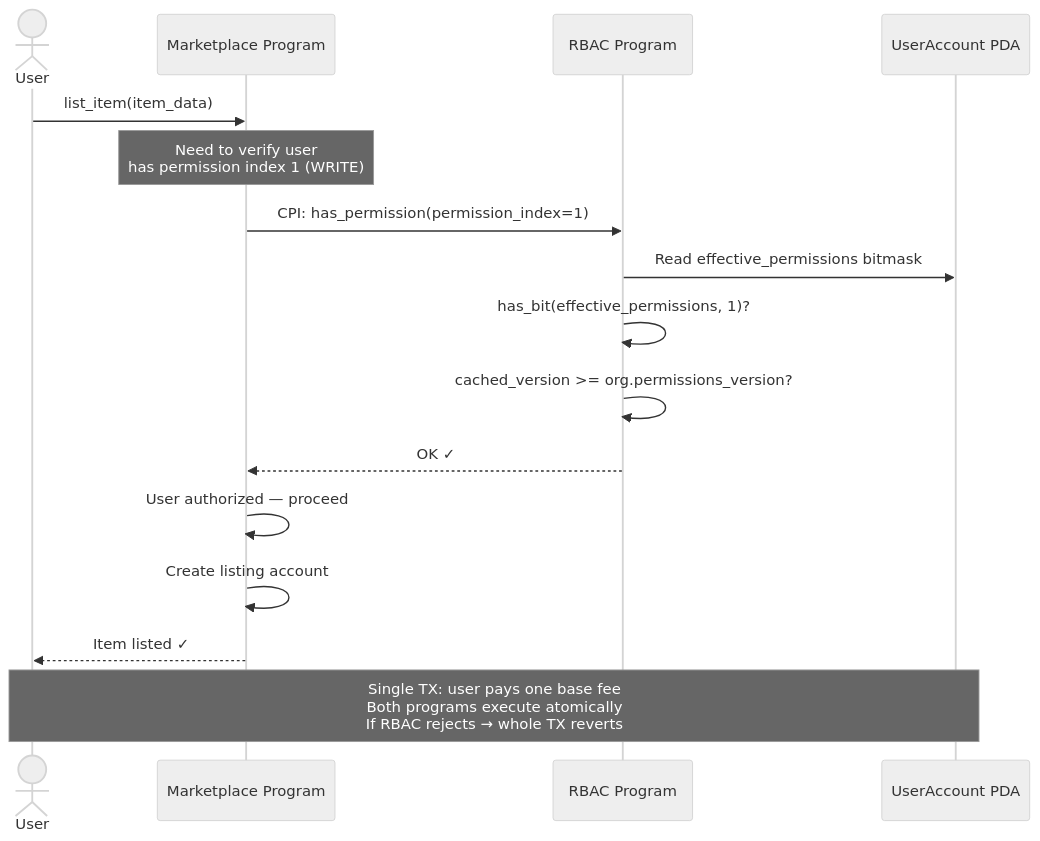
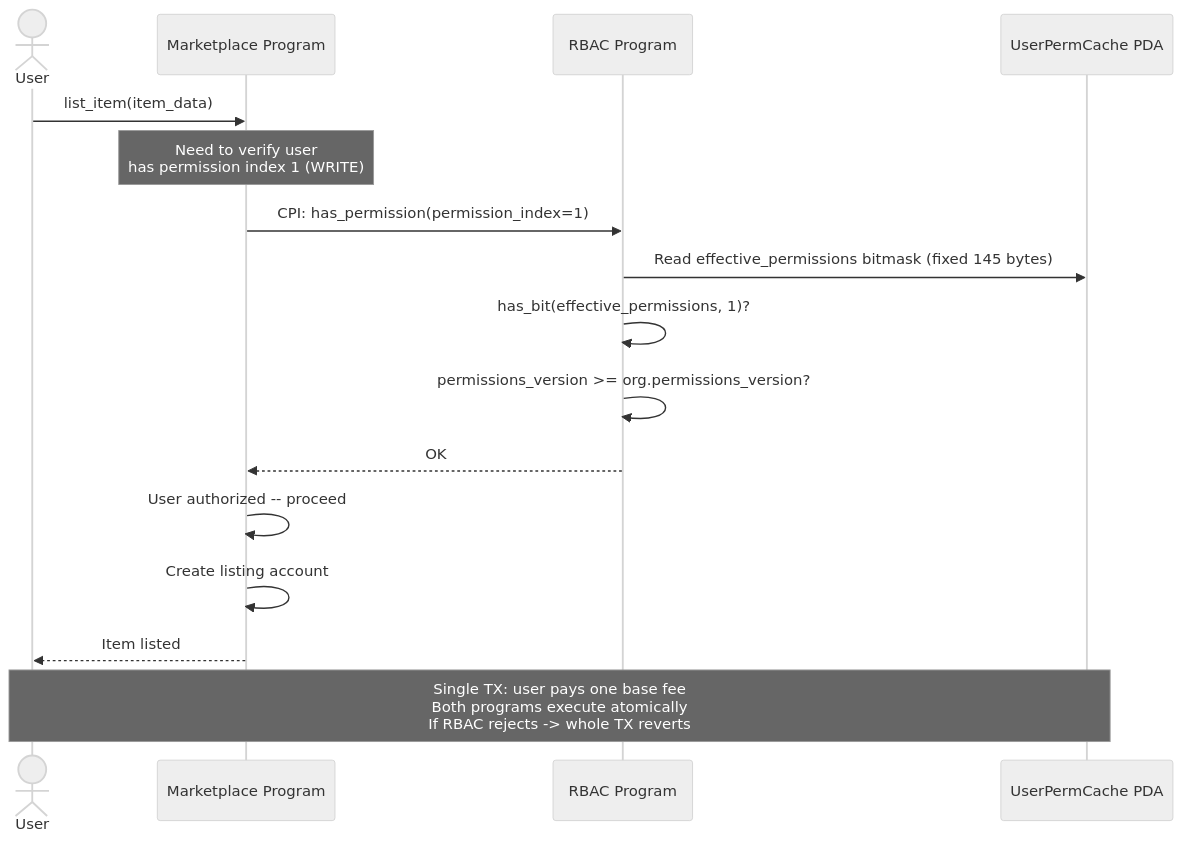
Before and after one commit to Vadimus1983/Solana-rbac: diagram 19 of 25 in docs/architecture.md, drawn with Mermaid (neutral theme). The commit also changed other lines of this file and 1 other file, not shown here.

````diff
--- a/docs/architecture.md
+++ b/docs/architecture.md
@@ -801,24 +843,24 @@
 ```mermaid
 sequenceDiagram
     actor User
     participant MarketPlace as Marketplace Program
     participant RBAC as RBAC Program
-    participant UA as UserAccount PDA
+    participant UPC as UserPermCache PDA
 
     User->>MarketPlace: list_item(item_data)
 
     Note over MarketPlace: Need to verify user<br/>has permission index 1 (WRITE)
 
     MarketPlace->>RBAC: CPI: has_permission(permission_index=1)
 
-    RBAC->>UA: Read effective_permissions bitmask
+    RBAC->>UPC: Read effective_permissions bitmask (fixed 145 bytes)
     RBAC->>RBAC: has_bit(effective_permissions, 1)?
-    RBAC->>RBAC: cached_version >= org.permissions_version?
-    RBAC-->>MarketPlace: OK ✓
+    RBAC->>RBAC: permissions_version >= org.permissions_version?
+    RBAC-->>MarketPlace: OK
 
-    MarketPlace->>MarketPlace: User authorized — proceed
+    MarketPlace->>MarketPlace: User authorized -- proceed
     MarketPlace->>MarketPlace: Create listing account
-    MarketPlace-->>User: Item listed ✓
+    MarketPlace-->>User: Item listed
 
-    Note over User,UA: Single TX: user pays one base fee<br/>Both programs execute atomically<br/>If RBAC rejects → whole TX reverts
+    Note over User,UPC: Single TX: user pays one base fee<br/>Both programs execute atomically<br/>If RBAC rejects -> whole TX reverts
 ```
````
